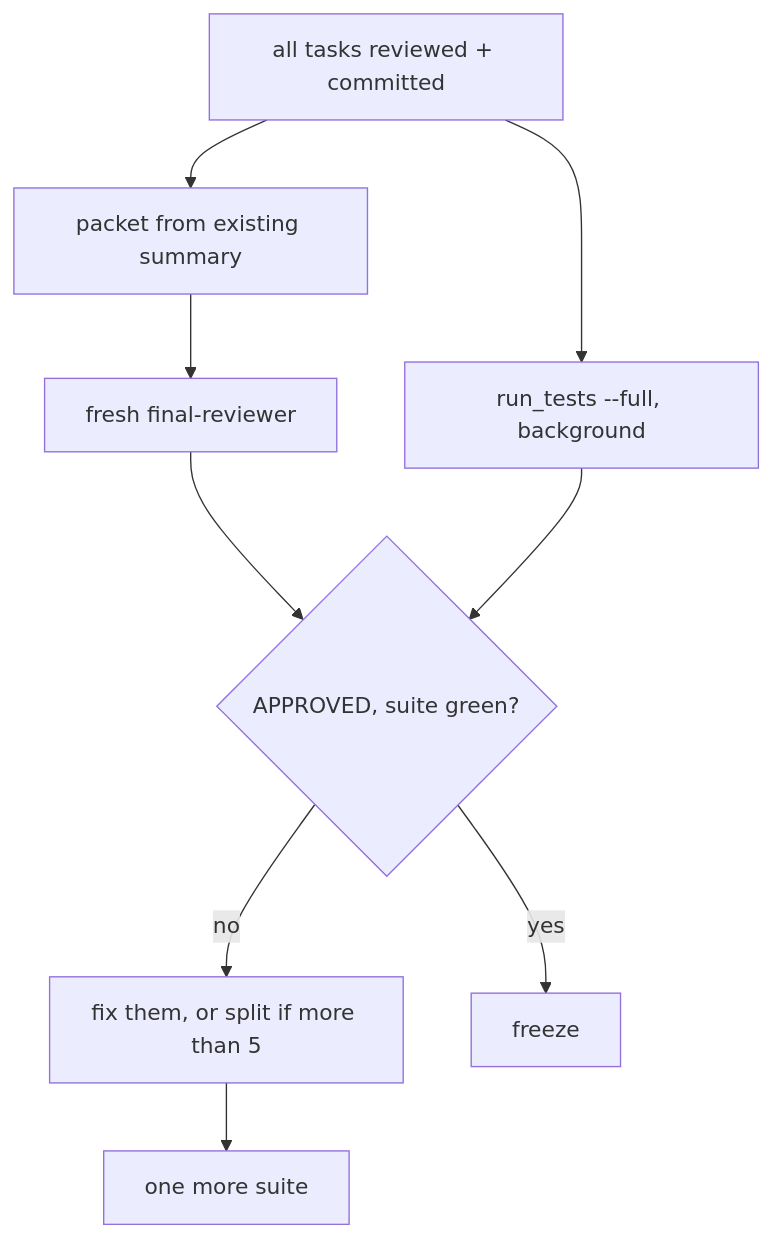
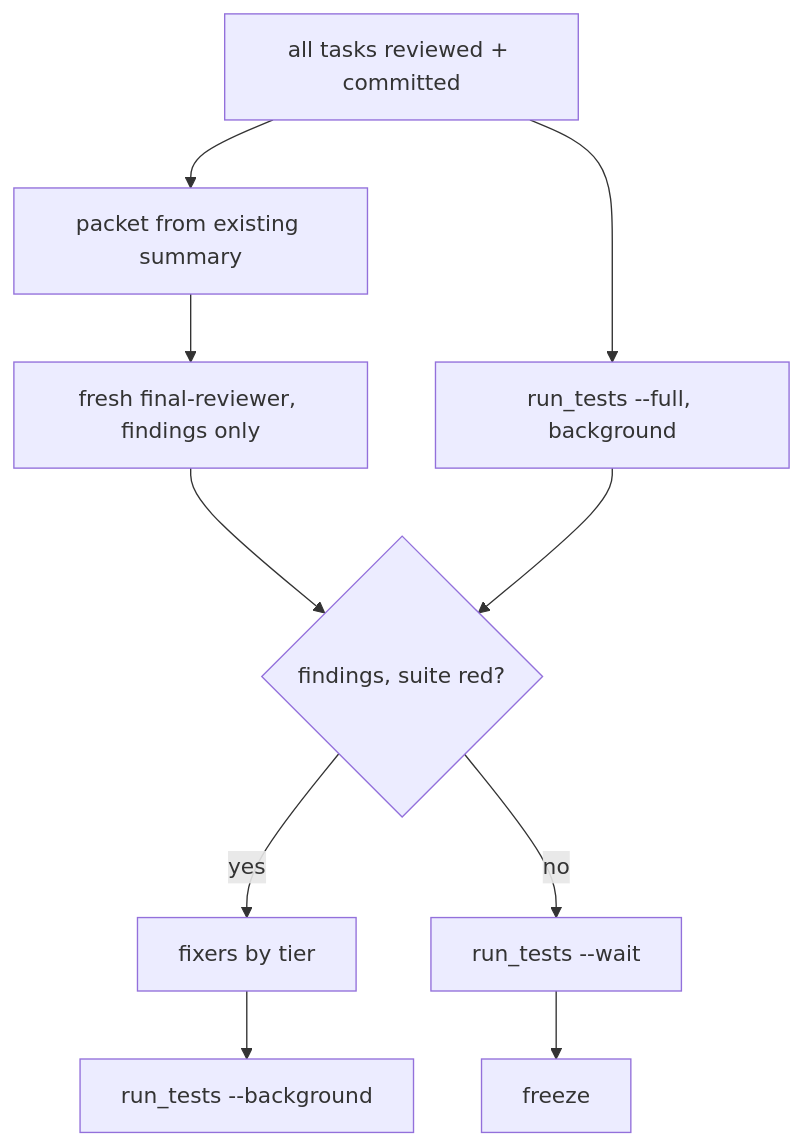
Before and after one commit to devcomfort/superlite: the fifth of 5 diagrams in skills/subagent-driven-development/SKILL.md, drawn with Mermaid. The commit also changed other lines of this file and 4 other files, not shown here.

First line of the commit message:
0.3.1 F1-F4, F6: skills for fix-only routing, background tests, section dispatch

````diff
--- a/skills/subagent-driven-development/SKILL.md
+++ b/skills/subagent-driven-development/SKILL.md
@@ -89,10 +91,10 @@
 ```mermaid
 flowchart TB
   G[all tasks reviewed + committed] --> PK[packet from existing summary]
   G --> ST[run_tests --full, background]
-  PK --> FR[fresh final-reviewer]
-  FR --> V{APPROVED, suite green?}
+  PK --> FR[fresh final-reviewer, findings only]
+  FR --> V{findings, suite red?}
   ST --> V
-  V -- no --> FX[fix them, or split if more than 5] --> ST2[one more suite]
-  V -- yes --> Z[freeze]
+  V -- yes --> FX[fixers by tier] --> ST2[run_tests --background]
+  V -- no --> W[run_tests --wait] --> Z[freeze]
 ```
````
